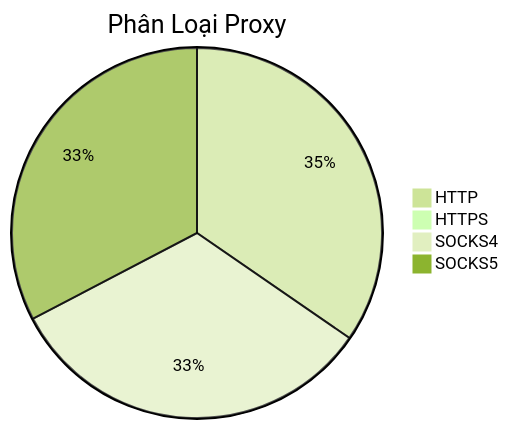
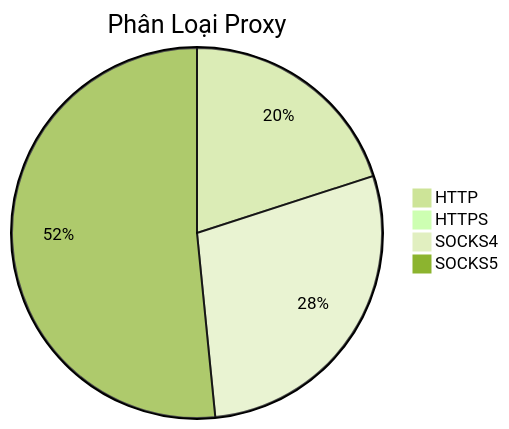
One commit to Ciara-12/PROXY-free changed the diagram in README.md. Above: the diagram before and after it, drawn with Mermaid (forest theme). The commit also changed other lines of this file and 3 other files, not shown here.

````diff
--- a/README.md
+++ b/README.md
@@ -26,7 +26,7 @@
 ```mermaid
 pie title Phân Loại Proxy
-    "HTTP" : 483
+    "HTTP" : 349
     "HTTPS" : 0
-    "SOCKS4" : 457
-    "SOCKS5" : 456
+    "SOCKS4" : 495
+    "SOCKS5" : 899
 ```
````
